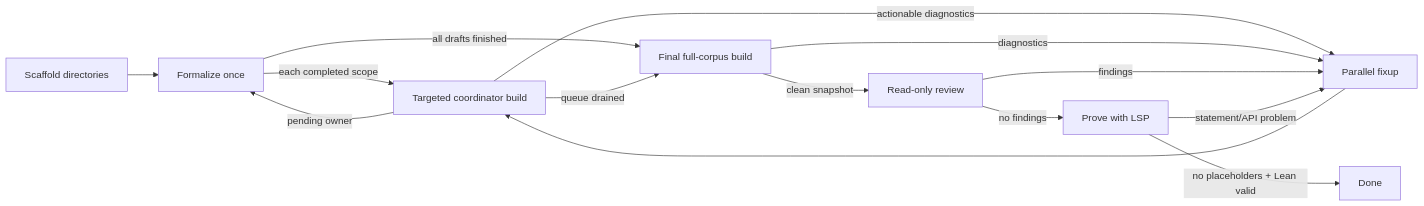
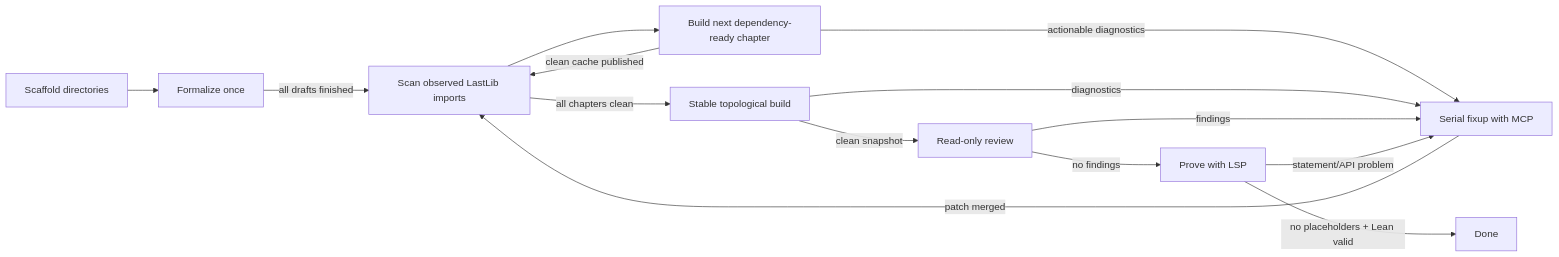
One commit to phulin/LastLib changed the diagram in SWARM.md. Above: the diagram before and after it, drawn with Mermaid. The commit also changed other lines of this file and 4 other files, not shown here.

Commit message:
docs(swarm): describe topological mcp fixup

````diff
--- a/SWARM.md
+++ b/SWARM.md
@@ -12,16 +13,16 @@
 ```mermaid
 flowchart LR
     S[Scaffold directories] --> F[Formalize once]
-    F -->|each completed scope| B[Targeted coordinator build]
-    B -->|actionable diagnostics| X[Parallel fixup]
-    X --> B
-    B -->|pending owner| F
-    F -->|all drafts finished| G[Final full-corpus build]
-    B -->|queue drained| G
+    F -->|all drafts finished| I[Scan observed LastLib imports]
+    I --> B[Build next dependency-ready chapter]
+    B -->|actionable diagnostics| X[Serial fixup with MCP]
+    X -->|patch merged| I
+    B -->|clean cache published| I
+    I -->|all chapters clean| G[Stable topological build]
     G -->|diagnostics| X
     G -->|clean snapshot| R[Read-only review]
     R -->|findings| X
     R -->|no findings| P[Prove with LSP]
     P -->|statement/API problem| X
     P -->|no placeholders + Lean valid| D[Done]
 ```
````
